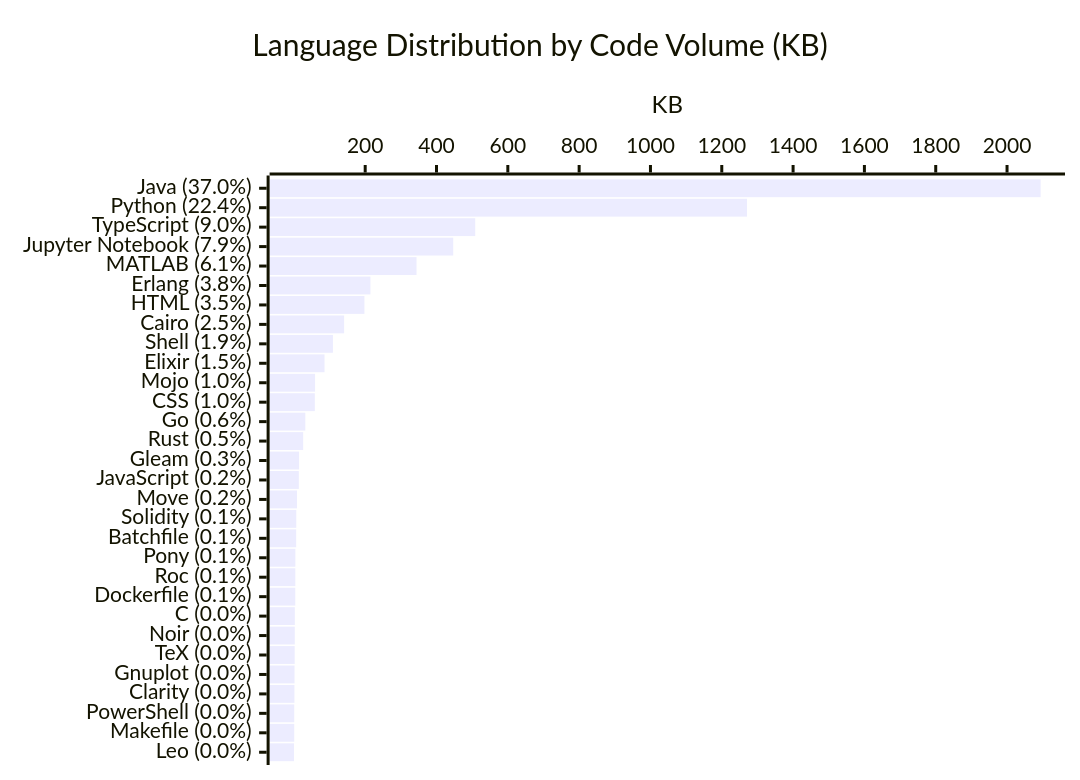
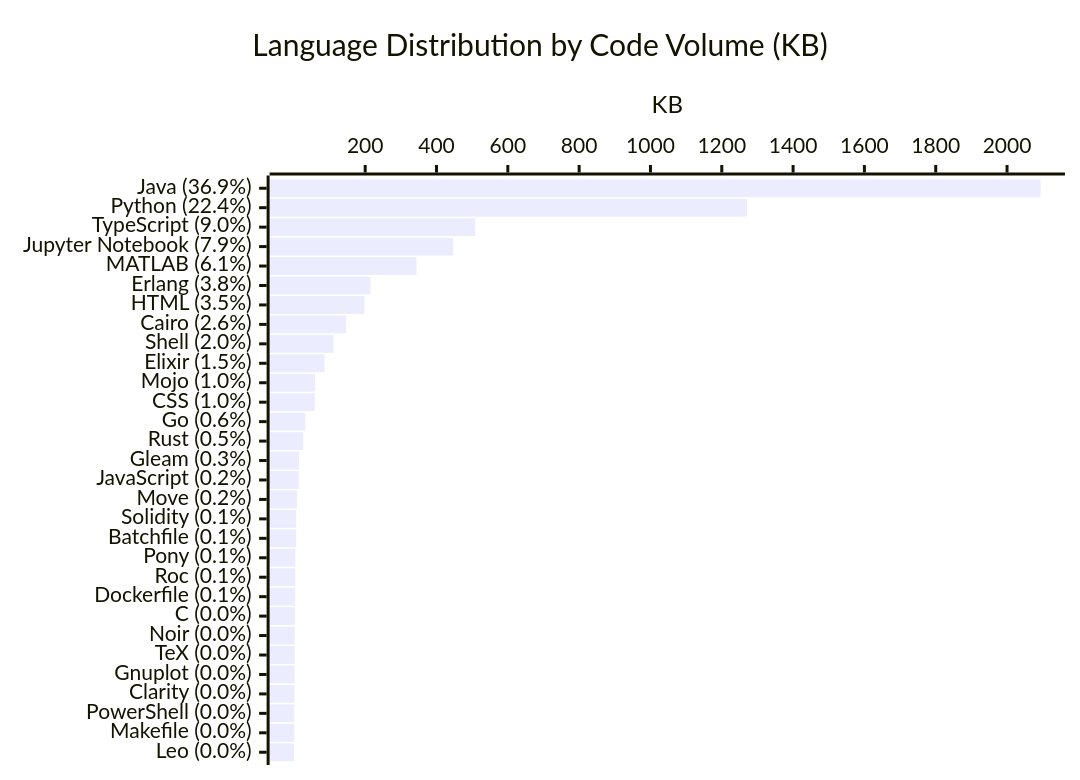
Before and after one commit to KathiraveluLab/.github: the diagram in profile/README.md, drawn with Mermaid. The commit also changed other lines of this file and 1 other file, not shown here.

````diff
--- a/profile/README.md
+++ b/profile/README.md
@@ -65,7 +65,7 @@
 ```mermaid
 xychart-beta horizontal
     title "Language Distribution by Code Volume (KB)"
-    x-axis ["Java (37.0%)", "Python (22.4%)", "TypeScript (9.0%)", "Jupyter Notebook (7.9%)", "MATLAB (6.1%)", "Erlang (3.8%)", "HTML (3.5%)", "Cairo (2.5%)", "Shell (1.9%)", "Elixir (1.5%)", "Mojo (1.0%)", "CSS (1.0%)", "Go (0.6%)", "Rust (0.5%)", "Gleam (0.3%)", "JavaScript (0.2%)", "Move (0.2%)", "Solidity (0.1%)", "Batchfile (0.1%)", "Pony (0.1%)", "Roc (0.1%)", "Dockerfile (0.1%)", "C (0.0%)", "Noir (0.0%)", "TeX (0.0%)", "Gnuplot (0.0%)", "Clarity (0.0%)", "PowerShell (0.0%)", "Makefile (0.0%)", "Leo (0.0%)"]
+    x-axis ["Java (36.9%)", "Python (22.4%)", "TypeScript (9.0%)", "Jupyter Notebook (7.9%)", "MATLAB (6.1%)", "Erlang (3.8%)", "HTML (3.5%)", "Cairo (2.6%)", "Shell (2.0%)", "Elixir (1.5%)", "Mojo (1.0%)", "CSS (1.0%)", "Go (0.6%)", "Rust (0.5%)", "Gleam (0.3%)", "JavaScript (0.2%)", "Move (0.2%)", "Solidity (0.1%)", "Batchfile (0.1%)", "Pony (0.1%)", "Roc (0.1%)", "Dockerfile (0.1%)", "C (0.0%)", "Noir (0.0%)", "TeX (0.0%)", "Gnuplot (0.0%)", "Clarity (0.0%)", "PowerShell (0.0%)", "Makefile (0.0%)", "Leo (0.0%)"]
     y-axis "KB"
-    bar [2094.22, 1270.69, 508.57, 446.9, 343.93, 214.61, 197.81, 140.83, 109.42, 85.96, 59.44, 58.73, 32.03, 26.08, 14.6, 13.89, 8.83, 6.65, 6.48, 4.14, 4.09, 3.9, 2.58, 2.46, 2.29, 1.82, 1.53, 1.02, 0.99, 0.27]
+    bar [2094.22, 1270.69, 508.57, 446.9, 343.93, 214.61, 197.81, 146.42, 110.91, 85.96, 59.44, 58.73, 32.03, 26.08, 14.6, 13.89, 8.83, 6.65, 6.48, 4.14, 4.09, 3.9, 2.58, 2.46, 2.29, 1.82, 1.53, 1.02, 0.99, 0.27]
 ```
````
